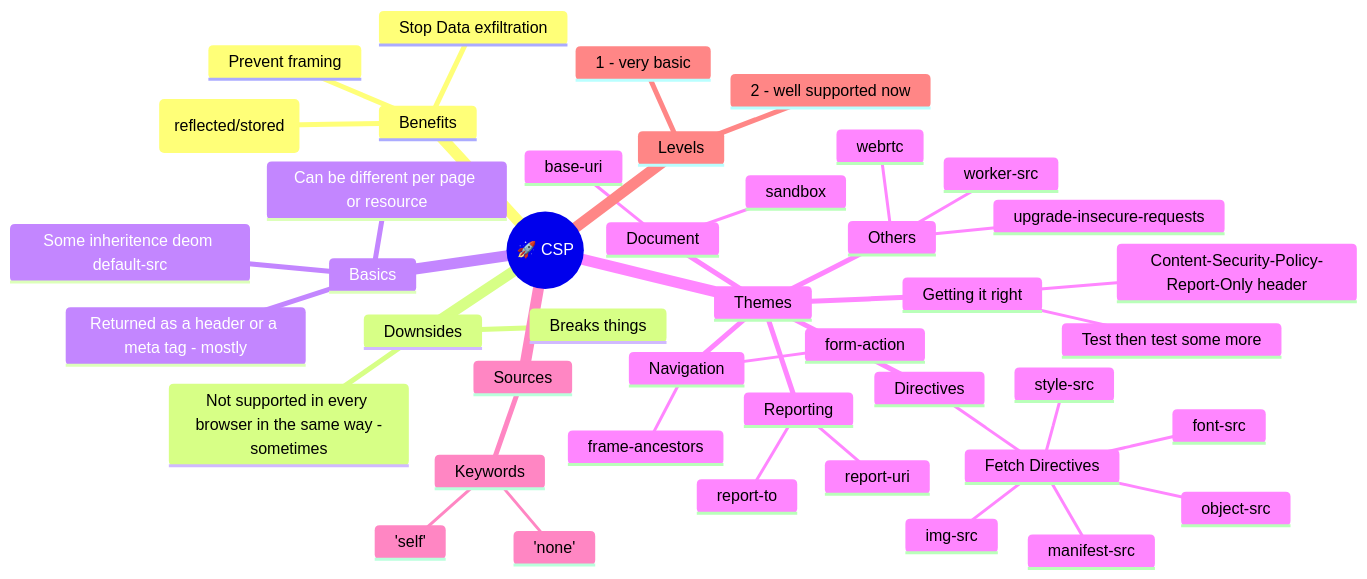
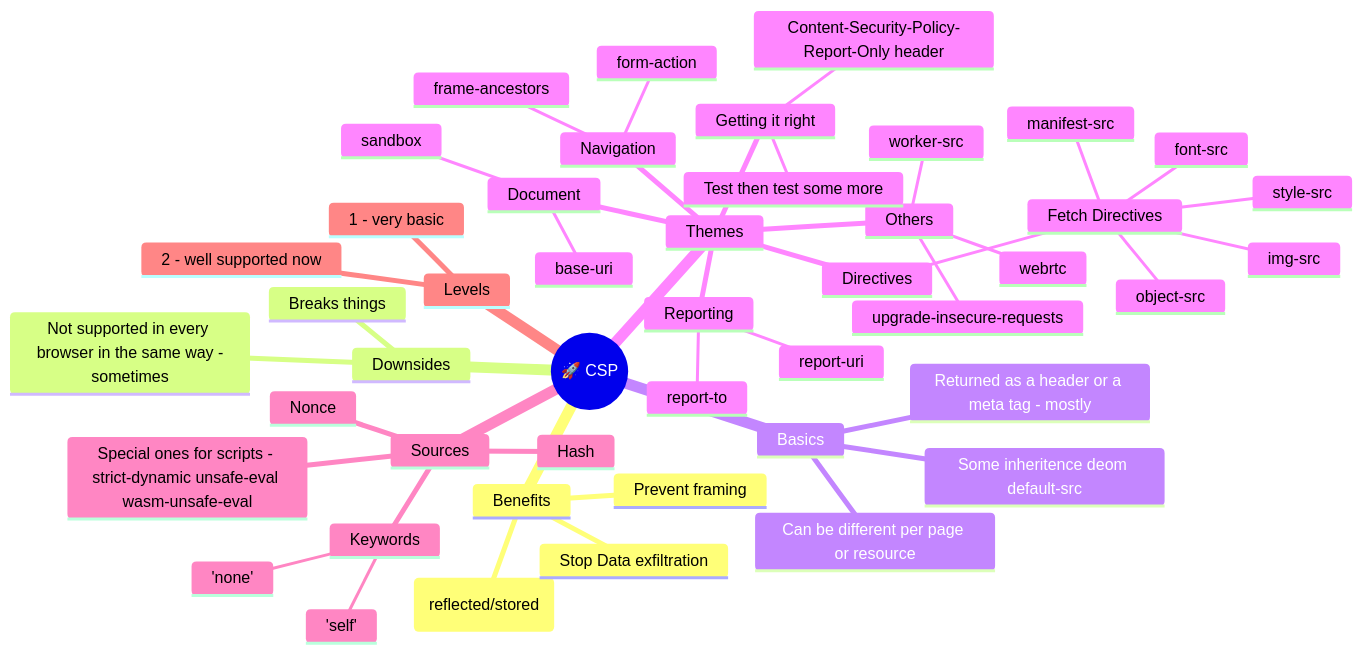
One commit to gitstua/Mindmaps changed the diagram in csp.md. Above: the diagram before and after it, drawn with Mermaid.

Commit message:
Add CSP directives for Hash, Nonce, and scripts

````diff
--- a/csp.md
+++ b/csp.md
@@ -3,48 +3,51 @@
 ```mermaid
 mindmap
   root((🚀 CSP ))
     Benefits
       XSS (reflected/stored)
       Stop Data exfiltration
       Prevent framing
     Downsides
       Breaks things
       Not supported in every browser in the same way -sometimes
     Basics
       Returned as a header or a meta tag - mostly
       Can be different per page or resource
       Some inheritence deom default-src
     Themes
       Directives
         Fetch Directives
           manifest-src
           img-src
           font-src
           object-src
           style-src
       Navigation
         frame-ancestors
         form-action
       Reporting
         report-uri
         report-to
       Document
         sandbox
         base-uri
       Others
         worker-src
         webrtc
         upgrade-insecure-requests
       Getting it right
         Content-Security-Policy-Report-Only header
         Test then test some more
     Sources
       Keywords
         'self'
         'none'
+      Hash
+      Nonce
+      Special ones for scripts - strict-dynamic unsafe-eval wasm-unsafe-eval
     Levels
       1 - very basic
       2 - well supported now
 
         
 ```
````
